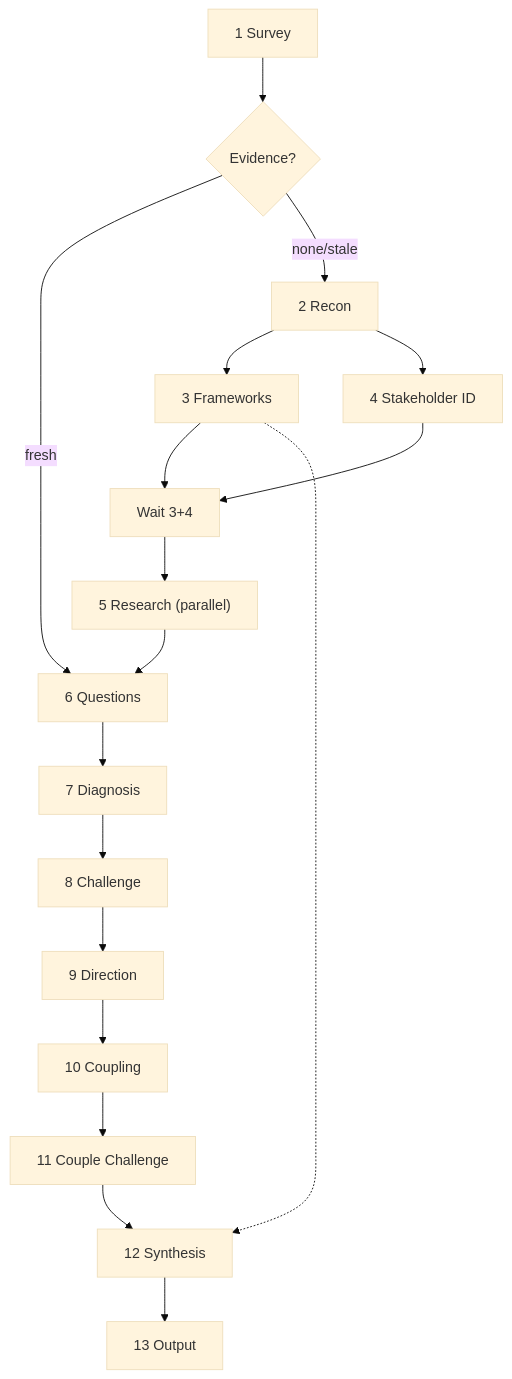
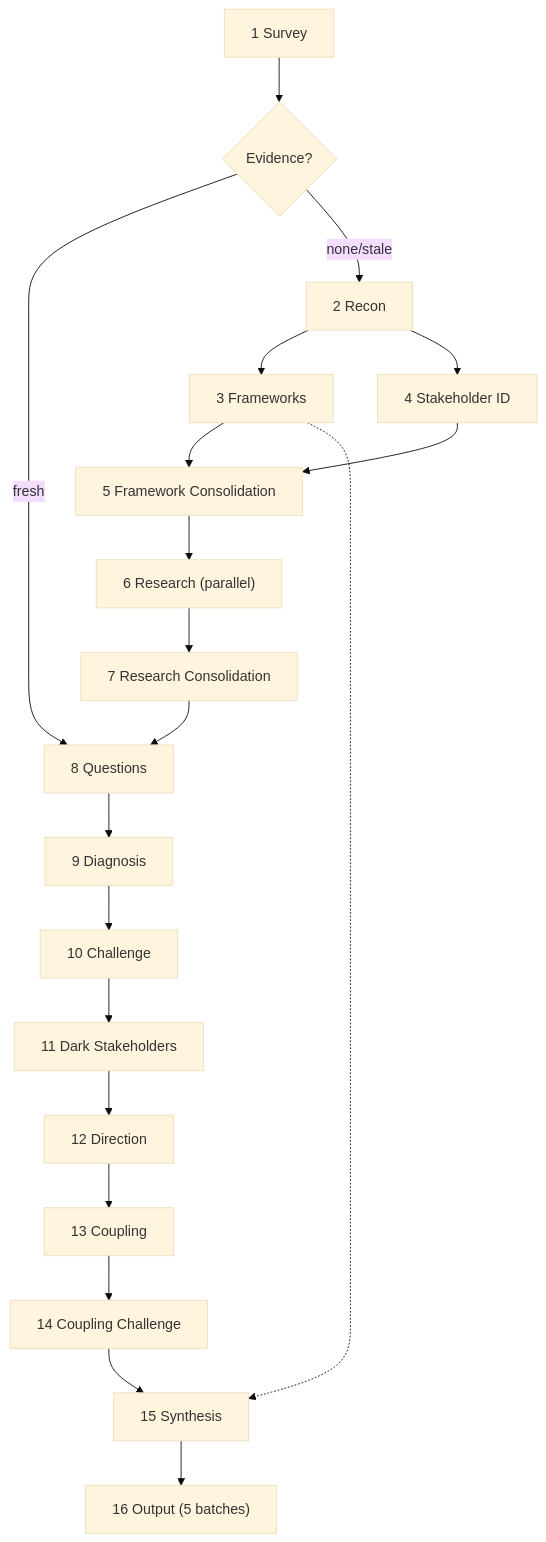
Before and after one commit to cppalliance/tools-public: the diagram in tools/staker.md, drawn with Mermaid (base theme). The commit also changed other lines of this file, not shown here.

````diff
--- a/tools/staker.md
+++ b/tools/staker.md
@@ -154,20 +7,22 @@
 ```mermaid
 flowchart TD
-    P1[1 Survey] --> PC{Evidence?}
-    PC -- fresh --> P6[6 Questions]
-    PC -- "none/stale" --> P2[2 Recon]
-    P2 --> P3[3 Frameworks]
-    P2 --> P4[4 Stakeholder ID]
-    P3 --> P5Wait["Wait 3+4"]
-    P4 --> P5Wait
-    P5Wait --> P5["5 Research (parallel)"]
-    P5 --> P6
-    P6 --> P7[7 Diagnosis]
-    P7 --> P8[8 Challenge]
-    P8 --> P9[9 Direction]
-    P9 --> P10[10 Coupling]
-    P10 --> P11[11 Couple Challenge]
-    P3 -.-> P12
-    P11 --> P12[12 Synthesis]
-    P12 --> P13[13 Output]
+    S1[1 Survey] --> EC{Evidence?}
+    EC -- fresh --> S8[8 Questions]
+    EC -- "none/stale" --> S2[2 Recon]
+    S2 --> S3[3 Frameworks]
+    S2 --> S4[4 Stakeholder ID]
+    S3 --> S5[5 Framework Consolidation]
+    S4 --> S5
+    S5 --> S6["6 Research (parallel)"]
+    S6 --> S7[7 Research Consolidation]
+    S7 --> S8
+    S8 --> S9[9 Diagnosis]
+    S9 --> S10[10 Challenge]
+    S10 --> S11[11 Dark Stakeholders]
+    S11 --> S12[12 Direction]
+    S12 --> S13[13 Coupling]
+    S13 --> S14[14 Coupling Challenge]
+    S3 -.-> S15
+    S14 --> S15[15 Synthesis]
+    S15 --> S16["16 Output (5 batches)"]
 ```
````
